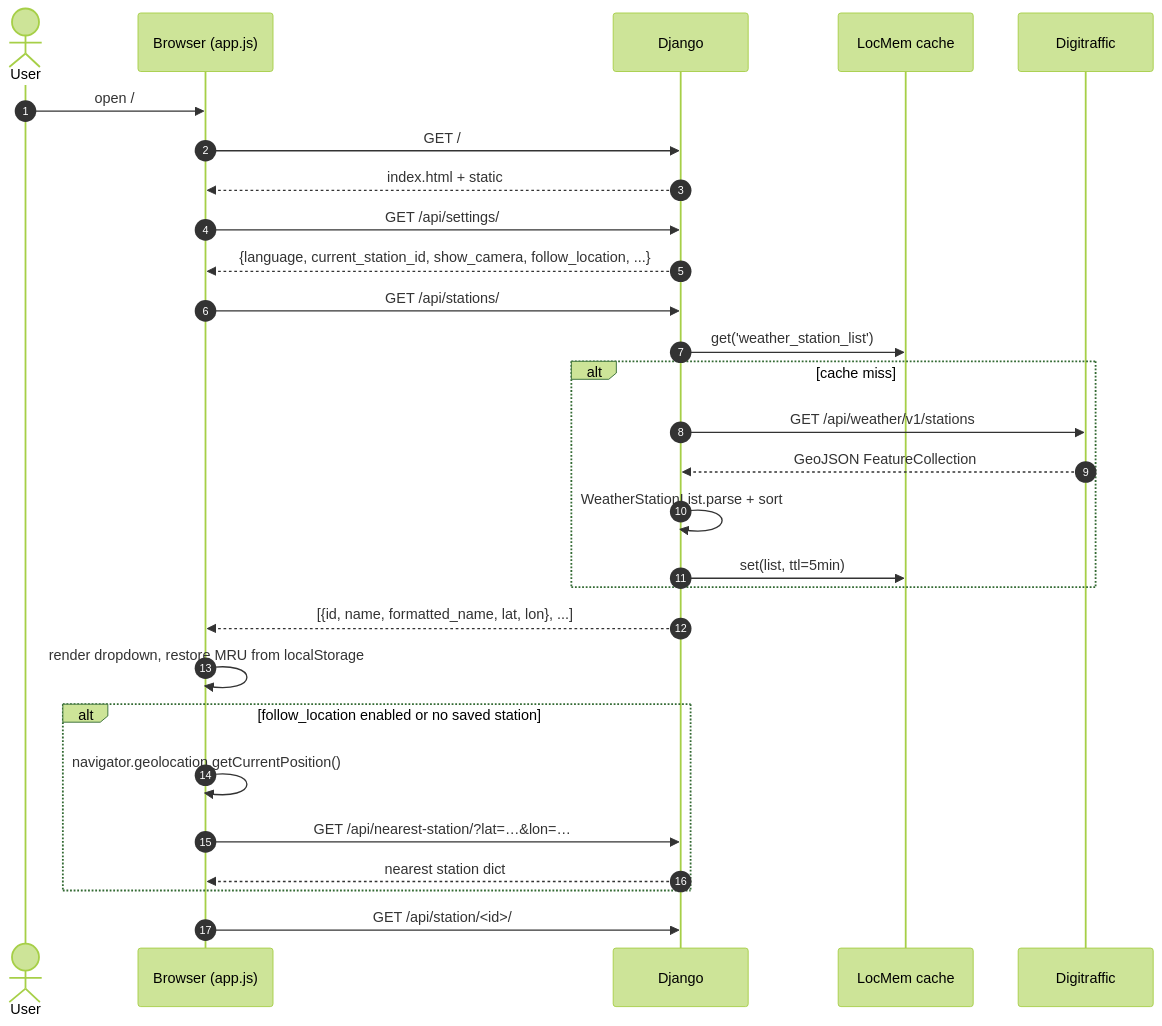
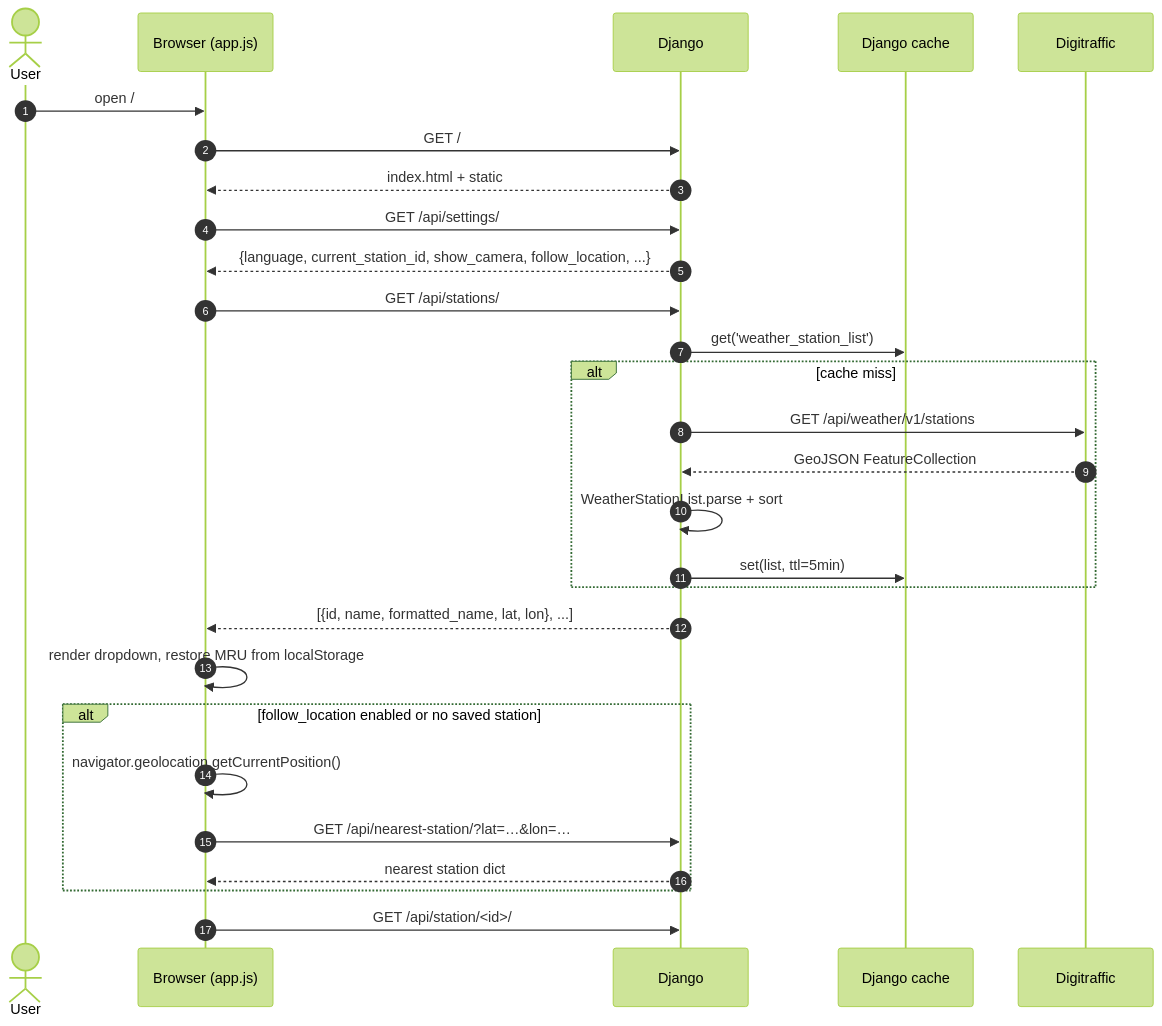
The third of 9 diagrams in docs/ARCHITECTURE.md (jjankkil/weatherview-django), drawn with Mermaid (forest theme) before and after one commit. The commit also changed other lines of this file and 13 other files, not shown here.

Commit message:
add Redis cache support (LocMemCache fallback), GitHub Actions CI, Playwright e2e tests, and flag-icons SRI hash

````diff
--- a/docs/ARCHITECTURE.md
+++ b/docs/ARCHITECTURE.md
@@ -188,31 +216,31 @@
 ```mermaid
 sequenceDiagram
     autonumber
     actor User
     participant Browser as Browser (app.js)
     participant Django
-    participant Cache as LocMem cache
+    participant Cache as Django cache
     participant DT as Digitraffic
 
     User->>Browser: open /
     Browser->>Django: GET /
     Django-->>Browser: index.html + static
     Browser->>Django: GET /api/settings/
     Django-->>Browser: {language, current_station_id, show_camera, follow_location, ...}
     Browser->>Django: GET /api/stations/
     Django->>Cache: get('weather_station_list')
     alt cache miss
         Django->>DT: GET /api/weather/v1/stations
         DT-->>Django: GeoJSON FeatureCollection
         Django->>Django: WeatherStationList.parse + sort
         Django->>Cache: set(list, ttl=5min)
     end
     Django-->>Browser: [{id, name, formatted_name, lat, lon}, ...]
     Browser->>Browser: render dropdown, restore MRU from localStorage
     alt follow_location enabled or no saved station
         Browser->>Browser: navigator.geolocation.getCurrentPosition()
         Browser->>Django: GET /api/nearest-station/?lat=…&lon=…
         Django-->>Browser: nearest station dict
     end
     Browser->>Django: GET /api/station/<id>/
 ```
````
